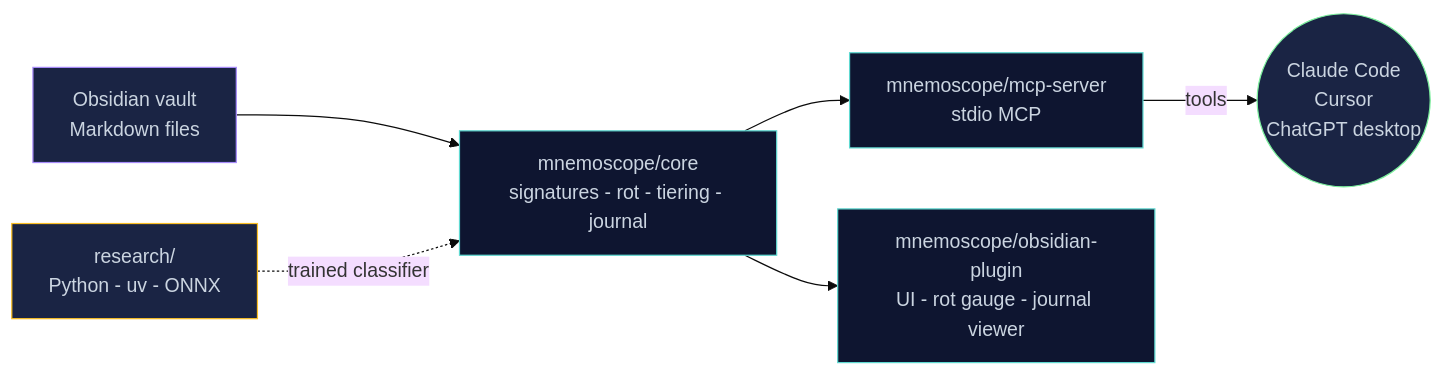
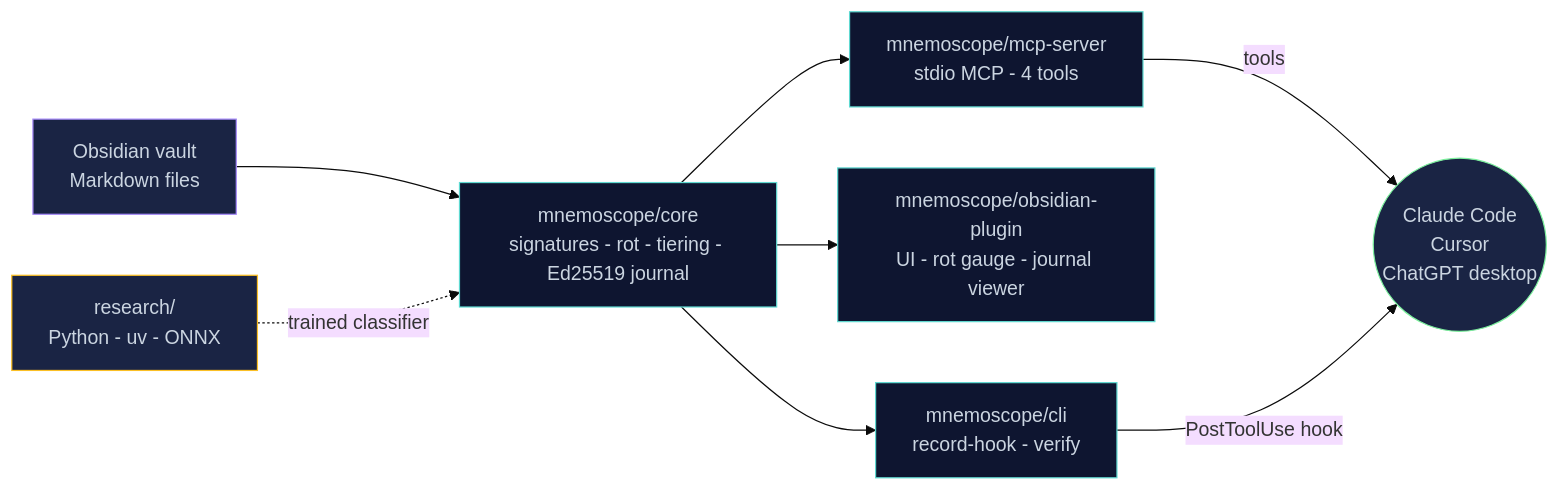
Before and after one commit to toonight/Mnemoscope: the diagram in README.md, drawn with Mermaid (base theme). The commit also changed other lines of this file and 13 other files, not shown here.

First line of the commit message:
feat: production-grade v0 — Ed25519 journal, auto-journal hook, integration tests

````diff
--- a/README.md
+++ b/README.md
@@ -79,14 +110,17 @@
 ```mermaid
 flowchart LR
-    A["Obsidian vault<br/>Markdown files"] --> B["mnemoscope/core<br/>signatures - rot - tiering - journal"]
-    B --> C["mnemoscope/mcp-server<br/>stdio MCP"]
+    A["Obsidian vault<br/>Markdown files"] --> B["mnemoscope/core<br/>signatures - rot - tiering - Ed25519 journal"]
+    B --> C["mnemoscope/mcp-server<br/>stdio MCP - 4 tools"]
     B --> D["mnemoscope/obsidian-plugin<br/>UI - rot gauge - journal viewer"]
+    B --> G["mnemoscope/cli<br/>record-hook - verify"]
     C -->|tools| E(("Claude Code<br/>Cursor<br/>ChatGPT desktop"))
+    G -->|PostToolUse hook| E
     F["research/<br/>Python - uv - ONNX"] -.->|trained classifier| B
     style A fill:#1a2444,stroke:#a78bfa,color:#cbd5e1
     style B fill:#0e1530,stroke:#5fd9d1,color:#cbd5e1
     style C fill:#0e1530,stroke:#5fd9d1,color:#cbd5e1
     style D fill:#0e1530,stroke:#5fd9d1,color:#cbd5e1
+    style G fill:#0e1530,stroke:#5fd9d1,color:#cbd5e1
     style E fill:#1a2444,stroke:#7cf09d,color:#cbd5e1
     style F fill:#1a2444,stroke:#fbbf24,color:#cbd5e1
 ```
````
